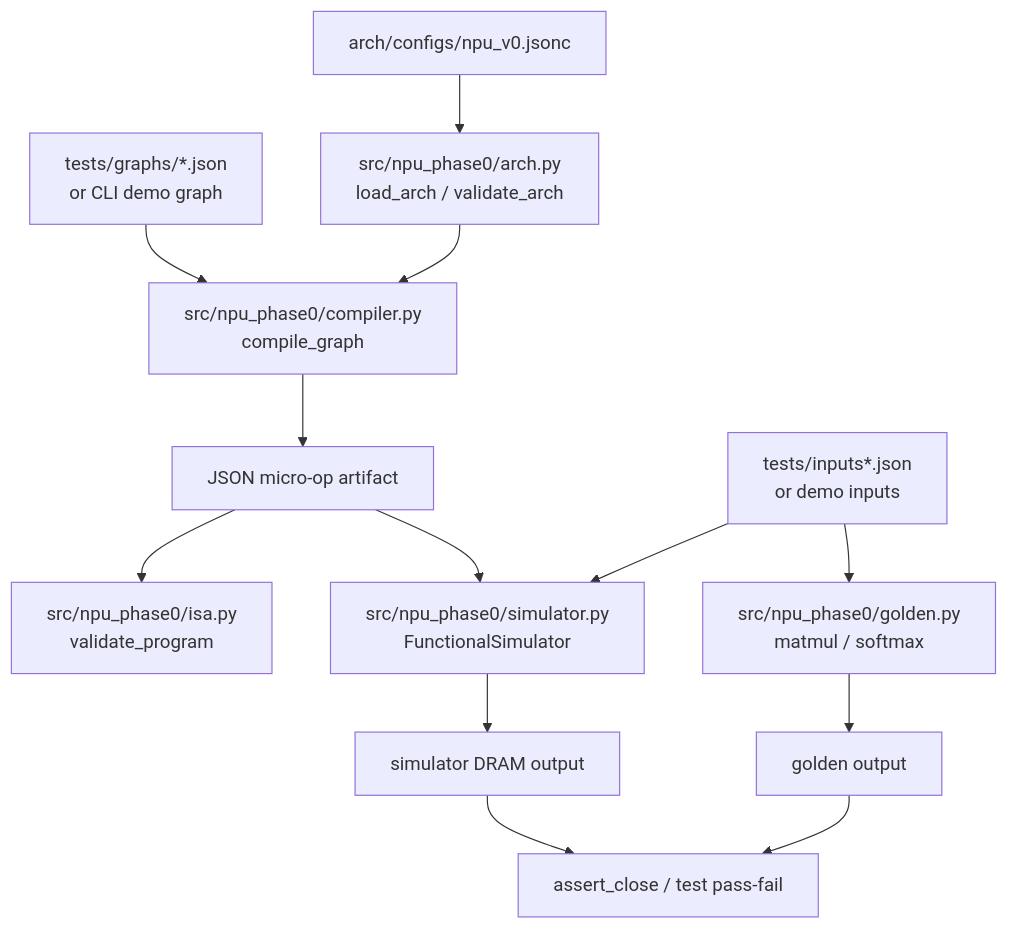
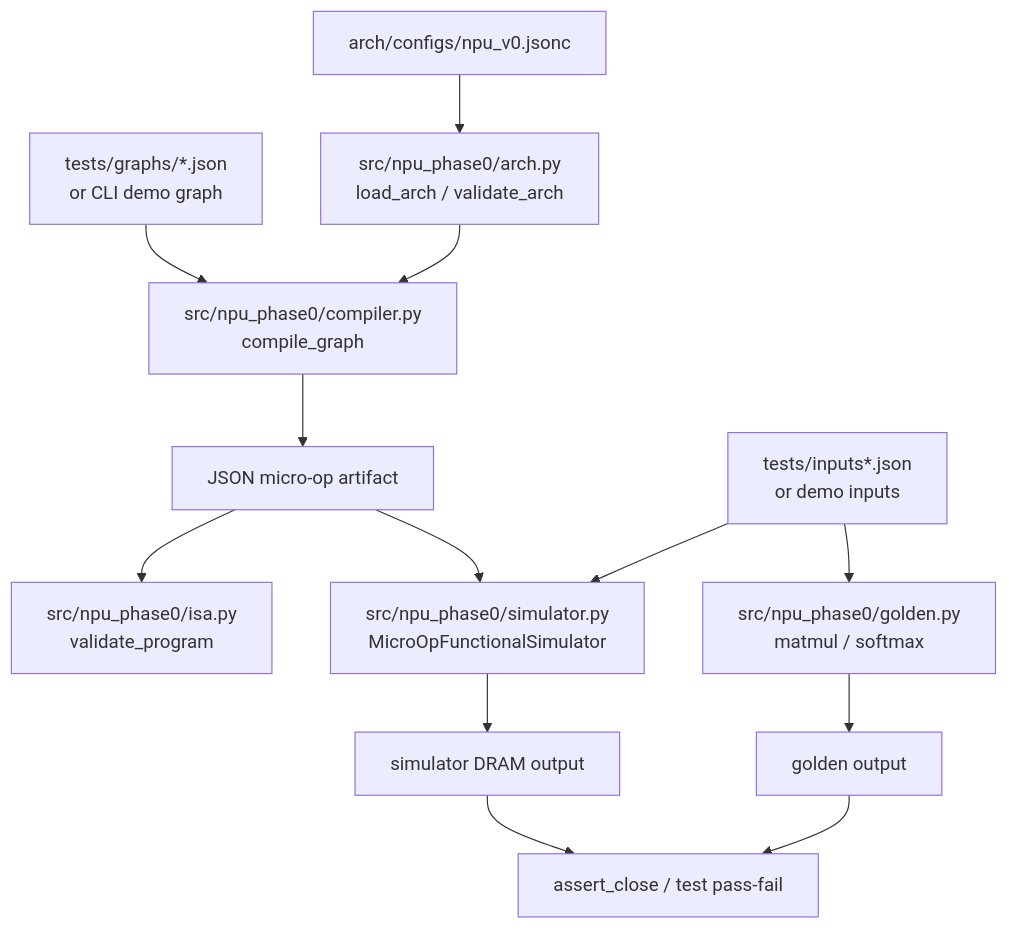
One commit to randy-chiu/npu_arch_design changed the first of 2 diagrams in docs/code_structure_review.md. Above: the diagram before and after it, drawn with Mermaid. The commit also changed other lines of this file and 9 other files, not shown here.

Commit message:
test: wire graph fixtures into phase0 validation

````diff
--- a/docs/code_structure_review.md
+++ b/docs/code_structure_review.md
@@ -62,15 +62,15 @@
 ```mermaid
 flowchart TD
     A[arch/configs/npu_v0.jsonc] --> B[src/npu_phase0/arch.py<br/>load_arch / validate_arch]
     G[tests/graphs/*.json<br/>or CLI demo graph] --> C[src/npu_phase0/compiler.py<br/>compile_graph]
     B --> C
     C --> D[JSON micro-op artifact]
     D --> E[src/npu_phase0/isa.py<br/>validate_program]
-    D --> F[src/npu_phase0/simulator.py<br/>FunctionalSimulator]
+    D --> F[src/npu_phase0/simulator.py<br/>MicroOpFunctionalSimulator]
     I[tests/inputs*.json<br/>or demo inputs] --> F
     I --> H[src/npu_phase0/golden.py<br/>matmul / softmax]
     F --> J[simulator DRAM output]
     H --> K[golden output]
     J --> L[assert_close / test pass-fail]
     K --> L
 ```
````
